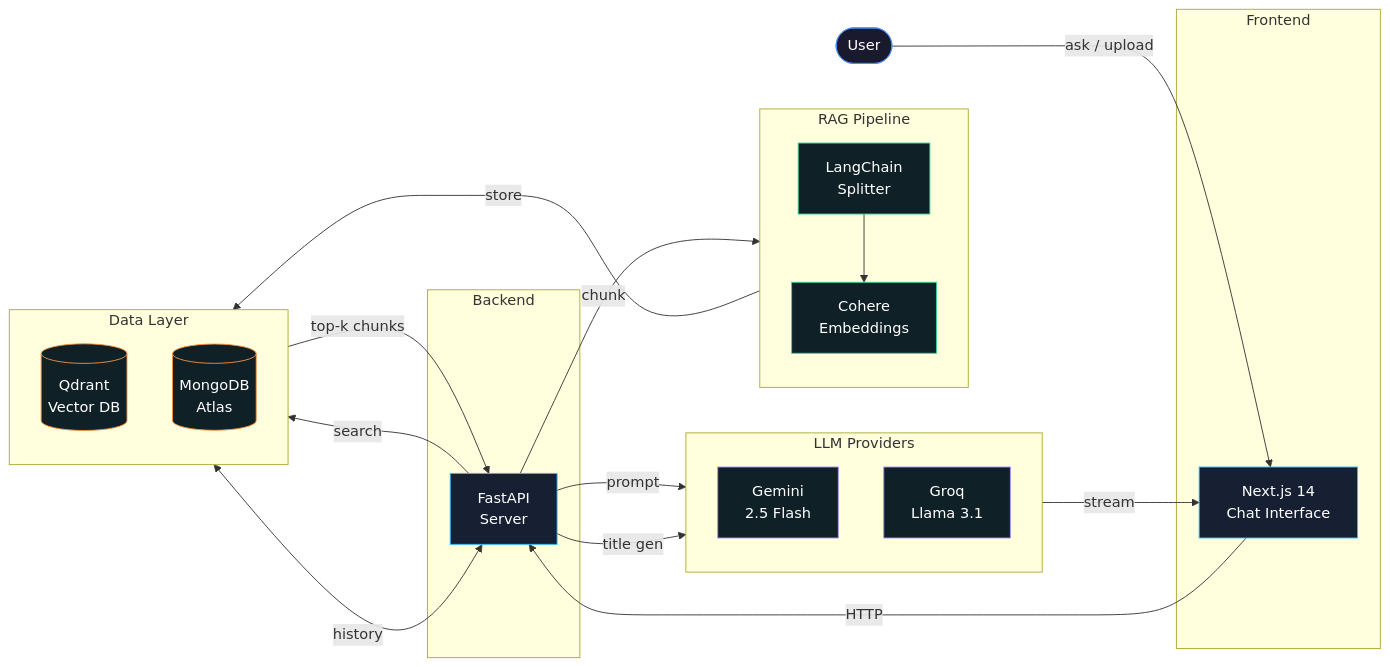
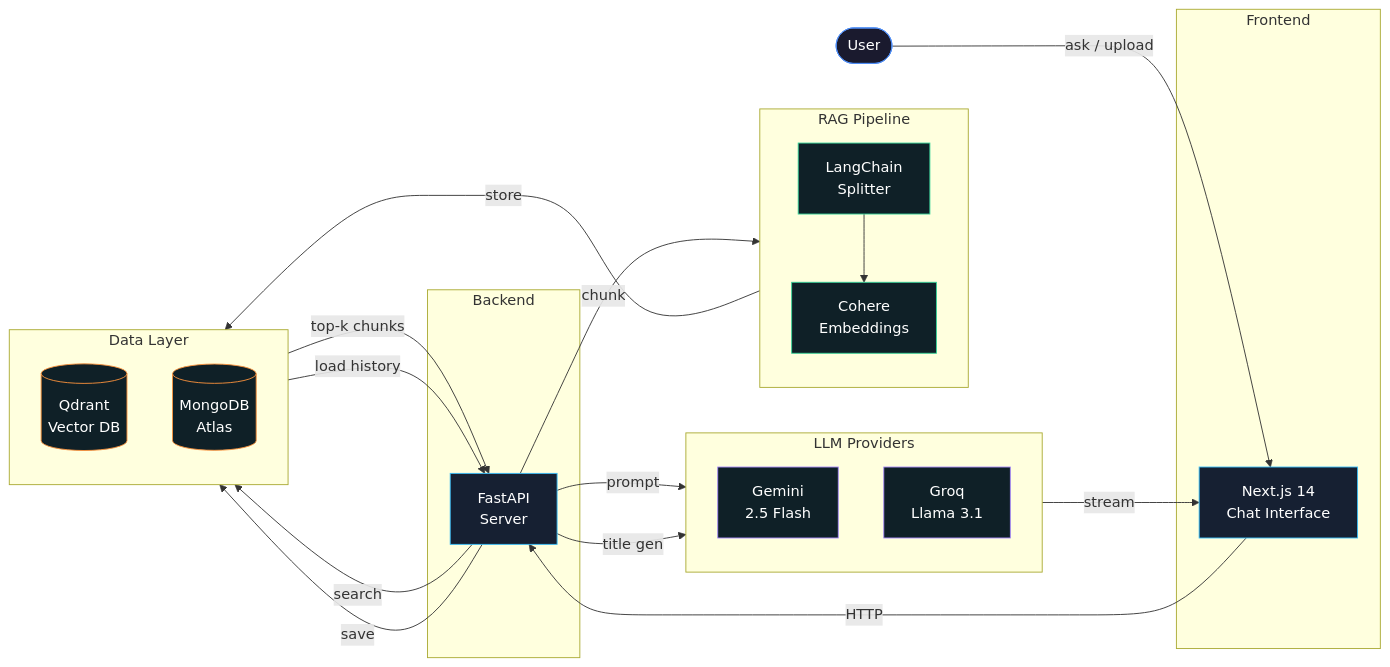
The diagram in README.md (Tharun007-TK/ragasiyam-rag), drawn with Mermaid before and after one commit.

Commit message:
fix: Correct Mermaid diagram syntax errors in architecture section

````diff
--- a/README.md
+++ b/README.md
@@ -7,49 +7,50 @@
 ```mermaid
 flowchart LR
-    classDef user     fill:#1a1a2e,stroke:#4f8ef7,color:#fff,rx:20
+    classDef user     fill:#1a1a2e,stroke:#4f8ef7,color:#fff
     classDef frontend fill:#162032,stroke:#38bdf8,color:#fff
     classDef backend  fill:#162032,stroke:#38bdf8,color:#fff
     classDef rag      fill:#0f2027,stroke:#34d399,color:#fff
     classDef llm      fill:#0f2027,stroke:#a78bfa,color:#fff
-    classDef db       fill:#0f2027,stroke:#fb923c,color:#fff,rx:6
+    classDef db       fill:#0f2027,stroke:#fb923c,color:#fff
 
-    User(["User"]):::user
+    User([User]):::user
 
-    subgraph FE["Frontend"]
-        UI["Next.js 14\nChat Interface"]:::frontend
+    subgraph FE[Frontend]
+        UI[Next.js 14\nChat Interface]:::frontend
     end
 
-    subgraph BE["Backend"]
-        API["FastAPI\nServer"]:::backend
+    subgraph BE[Backend]
+        API[FastAPI\nServer]:::backend
     end
 
-    subgraph RAG["RAG Pipeline"]
+    subgraph RAG[RAG Pipeline]
         direction TB
-        Splitter["LangChain\nSplitter"]:::rag
-        Embedder["Cohere\nEmbeddings"]:::rag
+        Splitter[LangChain\nSplitter]:::rag
+        Embedder[Cohere\nEmbeddings]:::rag
         Splitter --> Embedder
     end
 
-    subgraph LLM["LLM Providers"]
+    subgraph LLM[LLM Providers]
         direction TB
-        Gemini["Gemini\n2.5 Flash"]:::llm
-        Groq["Groq\nLlama 3.1"]:::llm
+        Gemini[Gemini\n2.5 Flash]:::llm
+        Groq[Groq\nLlama 3.1]:::llm
     end
 
-    subgraph DATA["Data Layer"]
+    subgraph DATA[Data Layer]
         direction TB
-        Qdrant[("Qdrant\nVector DB")]:::db
-        Mongo[("MongoDB\nAtlas")]:::db
+        Qdrant[(Qdrant\nVector DB)]:::db
+        Mongo[(MongoDB\nAtlas)]:::db
     end
 
     User -->|ask / upload| UI
     UI -->|HTTP| API
     API -->|chunk| Splitter
     Embedder -->|store| Qdrant
     API -->|search| Qdrant
     Qdrant -->|top-k chunks| API
     API -->|prompt| Gemini
     Gemini -->|stream| UI
     API -->|title gen| Groq
-    API <-->|history| Mongo
+    API -->|save| Mongo
+    Mongo -->|load history| API
 ```
````
